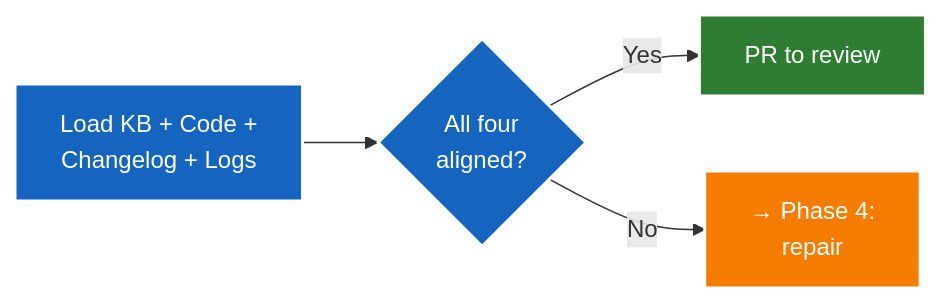
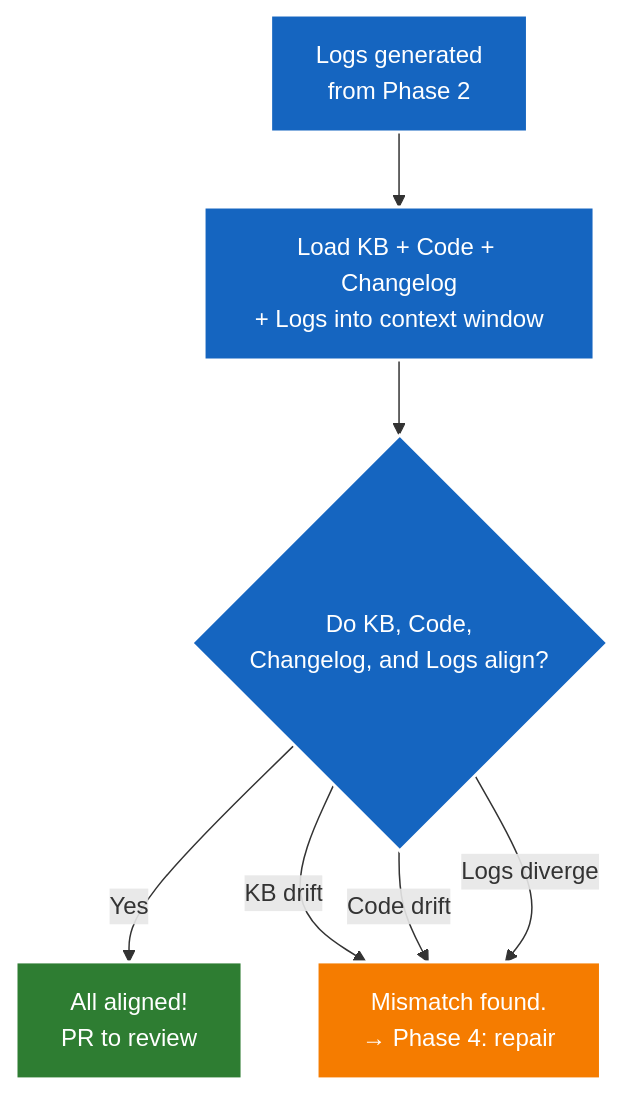
The fourth of 5 diagrams in knowledge/knowledge-theories/ai-use-theory/ai-use-theory.md (jacoby149/web10), drawn with Mermaid before and after one commit. The commit also changed other lines of this file, not shown here.

Commit message:
docs: restore Phase 3 structure to match Phase 1 — 3 mismatch paths → Phase 4, aligned → PR

````diff
--- a/knowledge/knowledge-theories/ai-use-theory/ai-use-theory.md
+++ b/knowledge/knowledge-theories/ai-use-theory/ai-use-theory.md
@@ -137,15 +137,21 @@
 ```mermaid
-flowchart LR
-    LOAD["Load KB + Code +\nChangelog + Logs"] --> GATE{"All four\naligned?"}
-    GATE -- Yes --> PR["PR to review"]
-    GATE -- No --> P4["→ Phase 4:\nrepair"]
+flowchart TD
+    GEN_DONE["Logs generated\nfrom Phase 2"] --> LOAD["Load KB + Code + Changelog\n+ Logs into context window"]
+    LOAD --> CHECK{"Do KB, Code,\nChangelog, and Logs align?"}
+
+    CHECK -- Yes --> PR["All aligned!\nPR to review"]
+
+    CHECK -- KB drift --> MISMATCH["Mismatch found.\n→ Phase 4: repair"]
+    CHECK -- Code drift --> MISMATCH
+    CHECK -- Logs diverge --> MISMATCH
 
     classDef orient fill:#1565c0,color:#fff,stroke:#fff,stroke-width:2px
+    classDef flag fill:#f57c00,color:#fff,stroke:#fff,stroke-width:2px
     classDef ok fill:#2e7d32,color:#fff,stroke:#fff,stroke-width:2px
-    classDef action fill:#f57c00,color:#fff,stroke:#fff,stroke-width:2px
 
+    class GEN_DONE orient
     class LOAD orient
-    class GATE orient
+    class CHECK orient
+    class MISMATCH flag
     class PR ok
-    class P4 action
 ```
````
